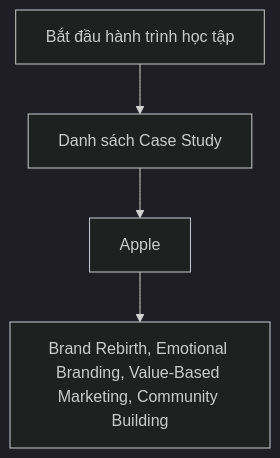
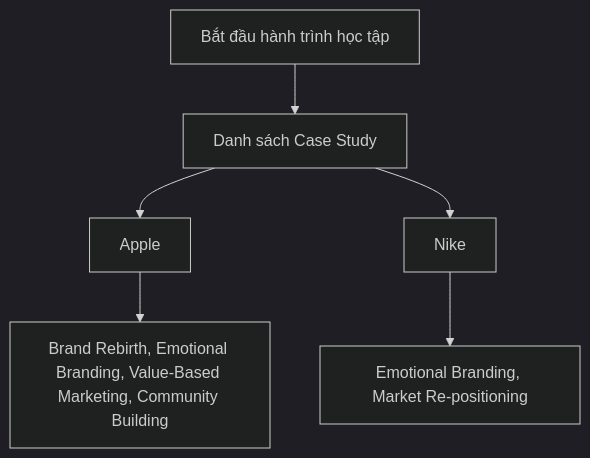
One commit to quy2003/daily-marketing-cases changed the diagram in README.md. Above: the diagram before and after it, drawn with Mermaid (dark theme). The commit also changed other lines of this file and 3 other files, not shown here.

````diff
--- a/README.md
+++ b/README.md
@@ -25,6 +25,8 @@
 ```mermaid
 graph TD
     Start[Bắt đầu hành trình học tập] --> DailyCases[Danh sách Case Study]
     DailyCases --> Apple["Apple"]
     Apple --> BrandRebirthEmotionalBrandingValueBasedMarketingCommunityBuilding["Brand Rebirth, Emotional Branding, Value-Based Marketing, Community Building"]
+    DailyCases --> Nike["Nike"]
+    Nike --> EmotionalBrandingMarketRepositioning["Emotional Branding, Market Re-positioning"]
 ```
````
